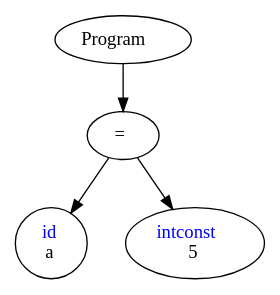
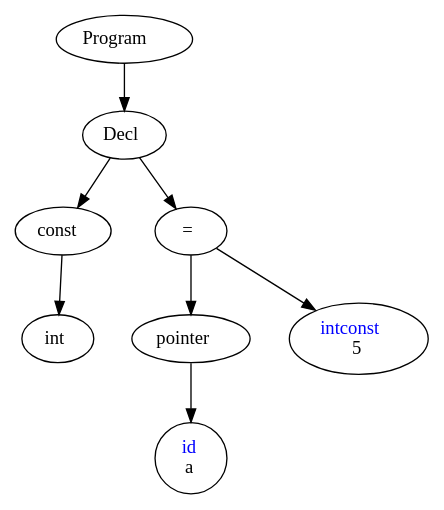
The diagram in grammar/C/AST.dot (MarkVanAcker/C-to-P-compiler), drawn with Graphviz before and after one commit. The commit also changed 12 other files, not shown here.

```diff
--- a/grammar/C/AST.dot
+++ b/grammar/C/AST.dot
@@ -1,12 +1,20 @@
 digraph G
 {
     nodesep = 0.4;
     ranksep = 0.5;
-	NODE139694058570920[label=<Program>];
-	NODE139694058540056[label=<=>];
-	NODE139694058570920->NODE139694058540056
-	NODE139694058540616[label=<<font color = "blue">id</font><br/>a>];
-	NODE139694058540056->NODE139694058540616
-	NODE139694058538824[label=<<font color = "blue">intconst</font><br/>5>];
-	NODE139694058540056->NODE139694058538824
+	NODE140344070616008[label=<Program>];
+	NODE140344070617968[label=<Decl>];
+	NODE140344070616008->NODE140344070617968
+	NODE140344070617184[label=<const>];
+	NODE140344070617968->NODE140344070617184
+	NODE140344070616624[label=<int>];
+	NODE140344070617184->NODE140344070616624
+	NODE140344070617296[label=<=>];
+	NODE140344070617968->NODE140344070617296
+	NODE140344070617128[label=<pointer>];
+	NODE140344070617296->NODE140344070617128
+	NODE140344070617800[label=<<font color = "blue">id</font><br/>a>];
+	NODE140344070617128->NODE140344070617800
+	NODE140344070617576[label=<<font color = "blue">intconst</font><br/>5>];
+	NODE140344070617296->NODE140344070617576
 }
```
